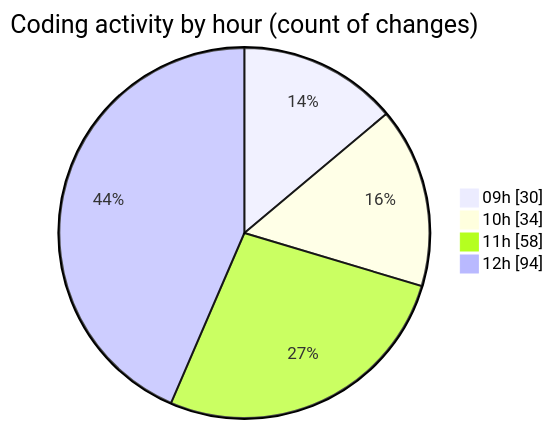
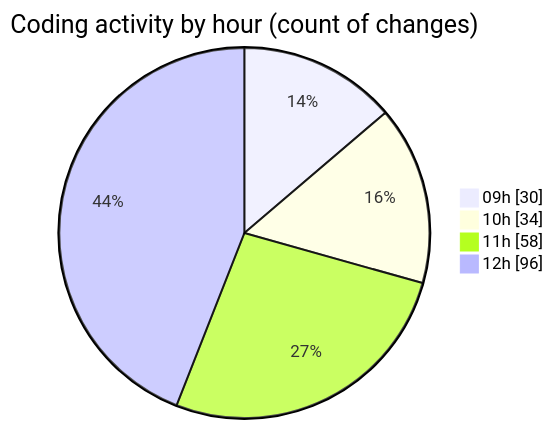
Before and after one commit to momahboobian/code-tracking: the second of 2 diagrams in 2025-04-02/cda/README.md, drawn with Mermaid. The commit also changed other lines of this file and 1 other file, not shown here.

````diff
--- a/2025-04-02/cda/README.md
+++ b/2025-04-02/cda/README.md
@@ -36,8 +36,8 @@
 ```mermaid
 pie showData
 title Coding activity by hour (count of changes)
 "09h" : 30
 "10h" : 34
 "11h" : 58
-"12h" : 94
+"12h" : 96
 ```
````
